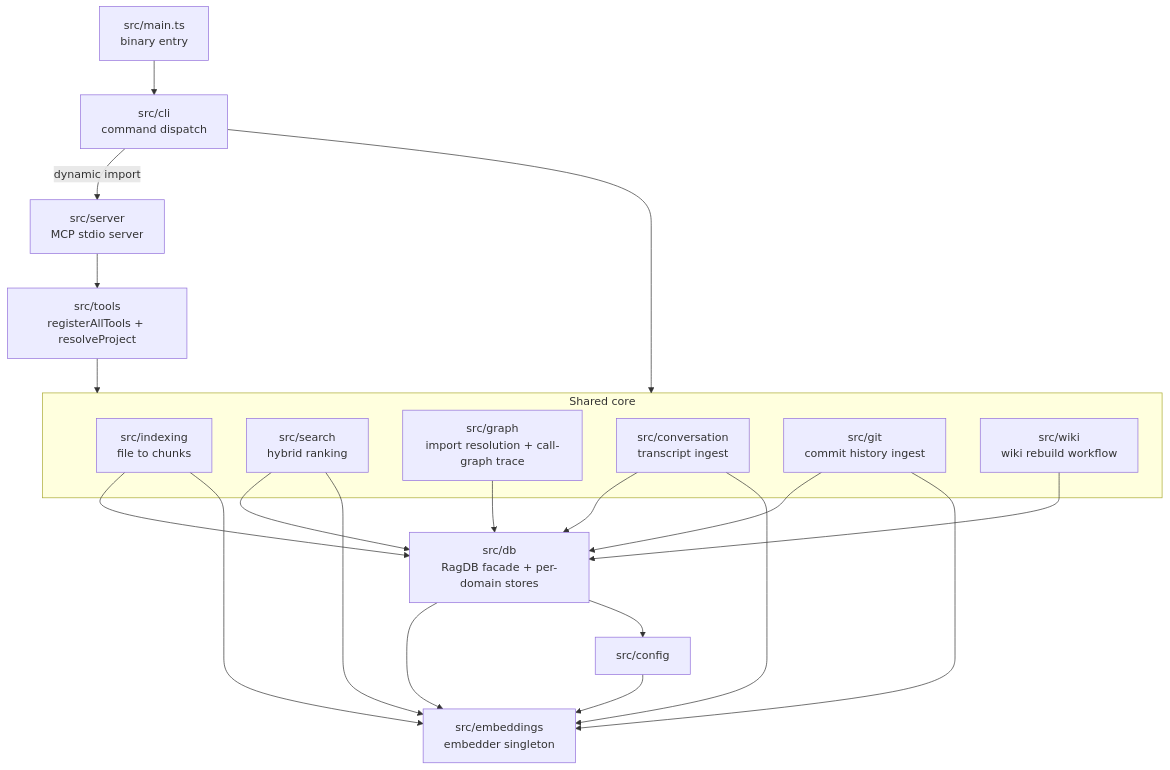
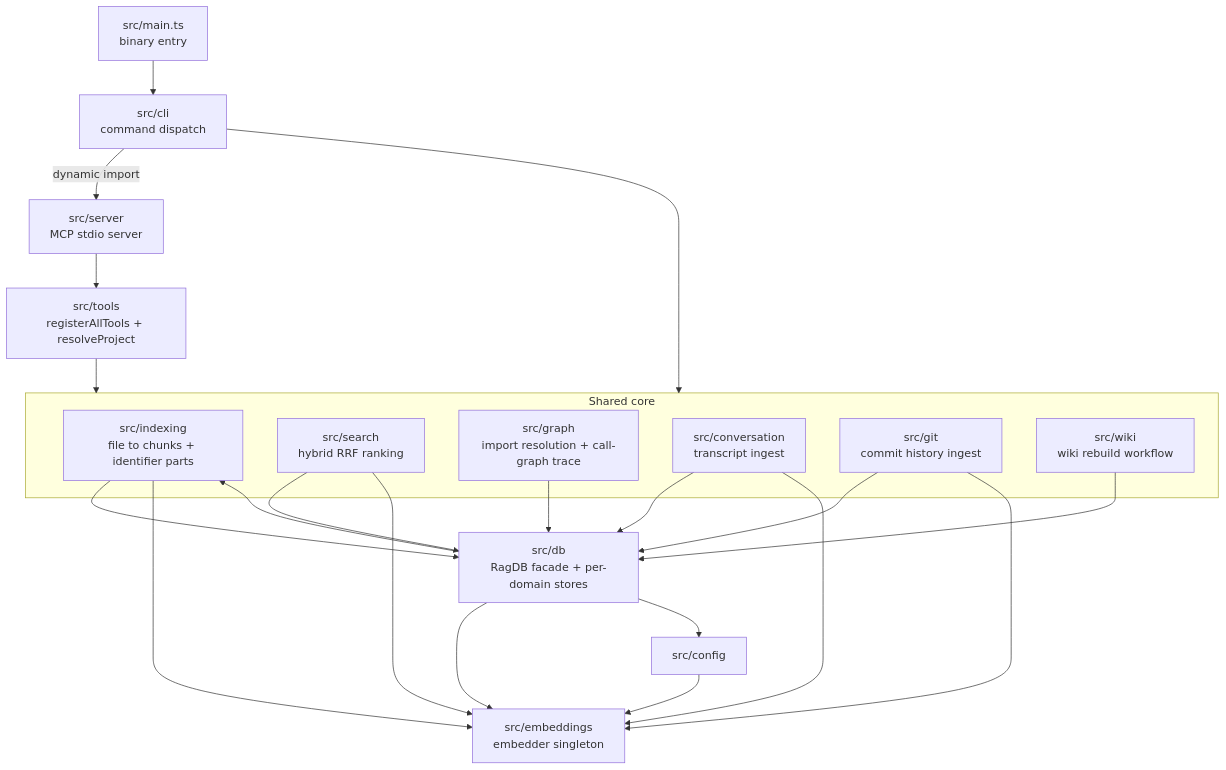
Before and after one commit to TheWinci/mimirs: the first of 2 diagrams in wiki/module-map.md, drawn with Mermaid. The commit also changed other lines of this file and 47 other files, not shown here.

````diff
--- a/wiki/module-map.md
+++ b/wiki/module-map.md
@@ -15,29 +15,30 @@
 ```mermaid
 flowchart TD
   mainjs["src/main.ts<br>binary entry"] --> climod["src/cli<br>command dispatch"]
   climod -->|dynamic import| servemod["src/server<br>MCP stdio server"]
   servemod --> toolsmod["src/tools<br>registerAllTools + resolveProject"]
   climod --> core
   toolsmod --> core
   subgraph core["Shared core"]
-    indexingmod["src/indexing<br>file to chunks"]
-    searchmod["src/search<br>hybrid ranking"]
+    indexingmod["src/indexing<br>file to chunks + identifier parts"]
+    searchmod["src/search<br>hybrid RRF ranking"]
     graphmod["src/graph<br>import resolution + call-graph trace"]
     convmod["src/conversation<br>transcript ingest"]
     gitmod["src/git<br>commit history ingest"]
     wikimod["src/wiki<br>wiki rebuild workflow"]
   end
   indexingmod --> dbmod
   searchmod --> dbmod
   graphmod --> dbmod
   convmod --> dbmod
   gitmod --> dbmod
   wikimod --> dbmod
   indexingmod --> embedmod
   searchmod --> embedmod
   convmod --> embedmod
   gitmod --> embedmod
   dbmod["src/db<br>RagDB facade + per-domain stores"] --> embedmod["src/embeddings<br>embedder singleton"]
+  dbmod --> indexingmod
   configmod["src/config"] --> embedmod
   dbmod --> configmod
 ```
````
